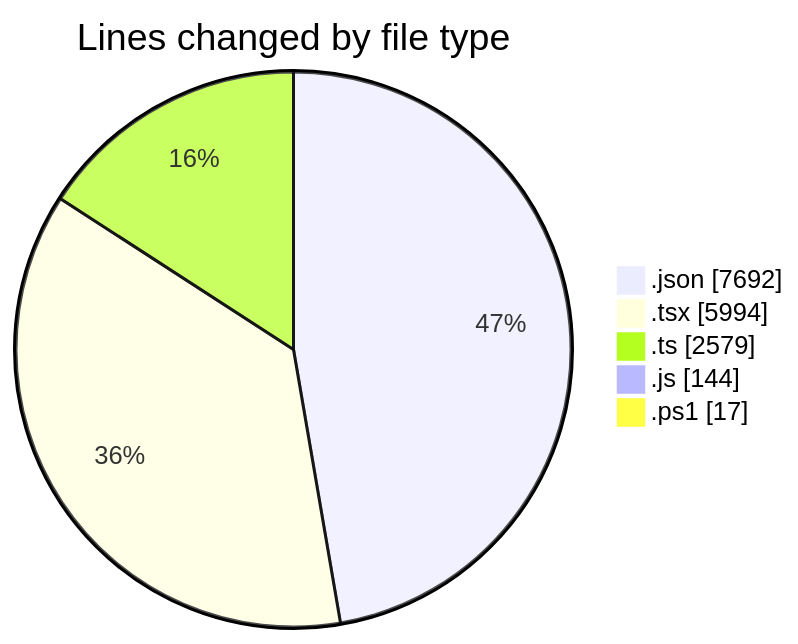
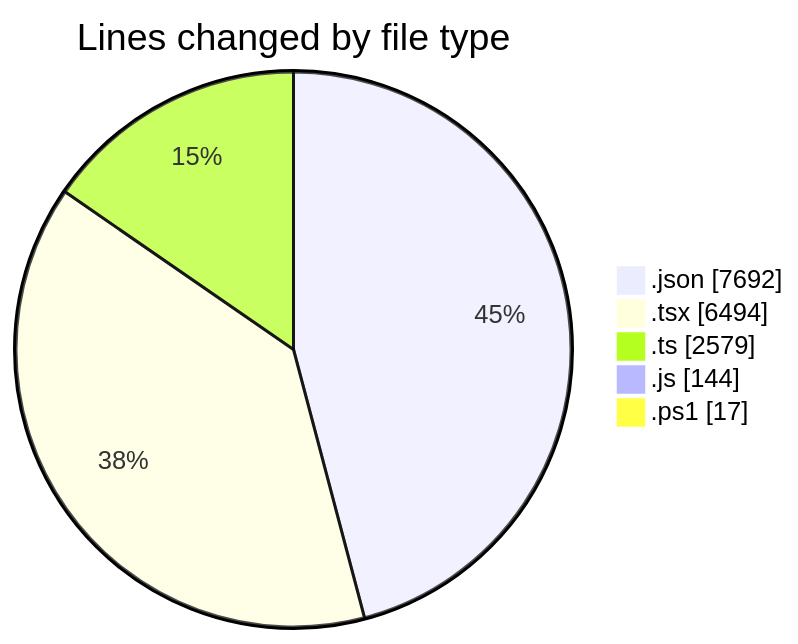
One commit to CELIANVF/code-tracking changed the first of 2 diagrams in 2025-06-10/ecodeli-1/README.md. Above: the diagram before and after it, drawn with Mermaid. The commit also changed other lines of this file and 1 other file, not shown here.

````diff
--- a/2025-06-10/ecodeli-1/README.md
+++ b/2025-06-10/ecodeli-1/README.md
@@ -46,9 +47,9 @@
 ```mermaid
 pie showData
 title Lines changed by file type
 ".json" : 7692
-".tsx" : 5994
+".tsx" : 6494
 ".ts" : 2579
 ".js" : 144
 ".ps1" : 17
 ```
````
